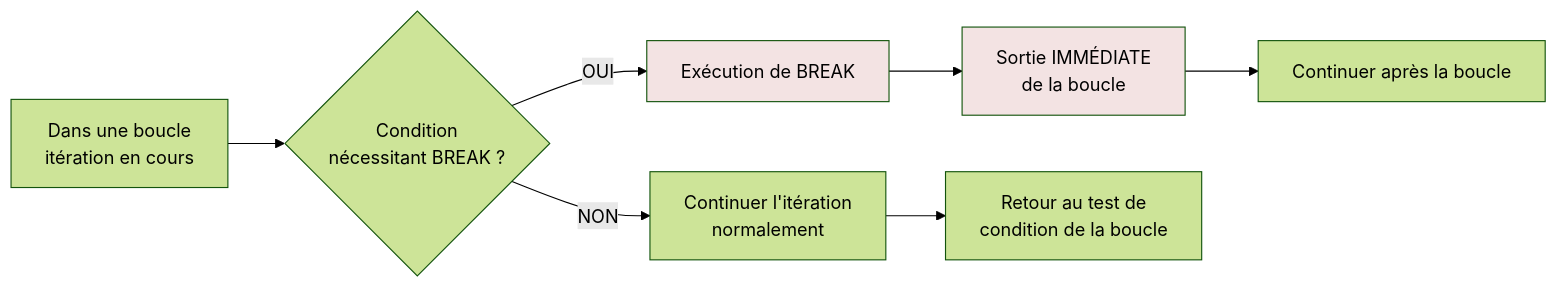
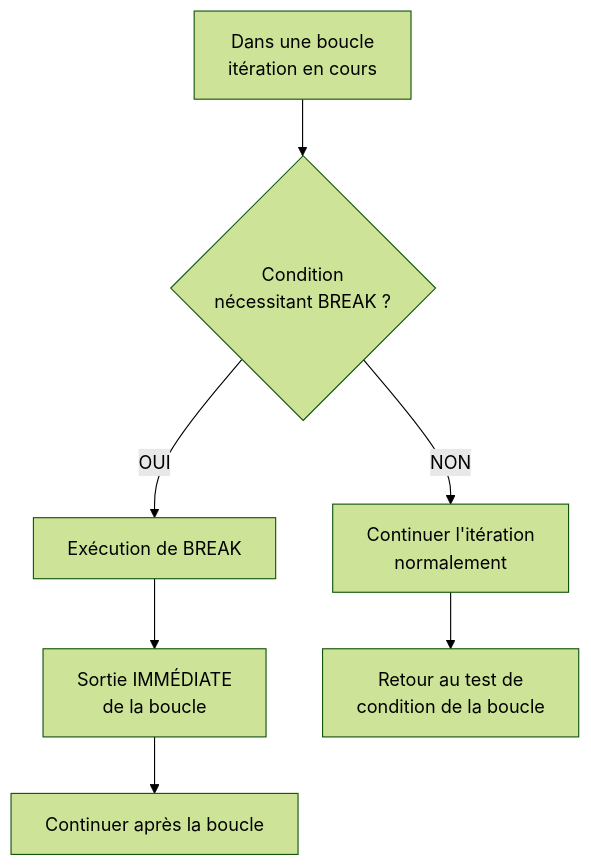
One commit to zyrass/omnydocs changed the fourth of 5 diagrams in docs/bases/fondamentaux/structure-iteratives.md. Above: the diagram before and after it, drawn with Mermaid (forest theme). The commit also changed other lines of this file and 43 other files, not shown here.

````diff
--- a/docs/bases/fondamentaux/structure-iteratives.md
+++ b/docs/bases/fondamentaux/structure-iteratives.md
@@ -367,12 +403,9 @@
 ```mermaid
-graph LR
-    A[Dans une boucle<br/>itération en cours] --> B{Condition<br/>nécessitant BREAK ?}
-    B -->|OUI| C[Exécution de BREAK]
-    C --> D[Sortie IMMÉDIATE<br/>de la boucle]
-    D --> E[Continuer après la boucle]
-    B -->|NON| F[Continuer l'itération<br/>normalement]
-    F --> G[Retour au test de<br/>condition de la boucle]
-    
-    style C fill:#f3e3e3
-    style D fill:#f3e3e3
+flowchart TB
+  A["Dans une boucle<br />itération en cours"] --> B{"Condition<br />nécessitant BREAK ?"}
+  B -->|"OUI"| C["Exécution de BREAK"]
+  C --> D["Sortie IMMÉDIATE<br />de la boucle"]
+  D --> E["Continuer après la boucle"]
+  B -->|"NON"| F["Continuer l'itération<br />normalement"]
+  F --> G["Retour au test de<br />condition de la boucle"]
 ```
````
